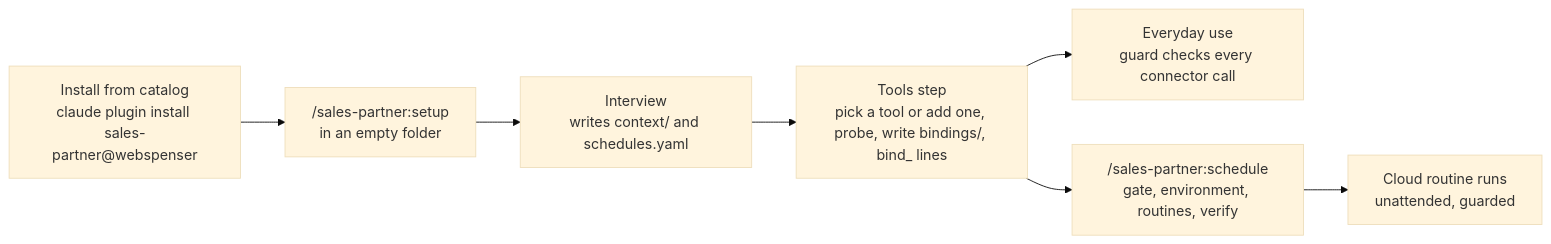
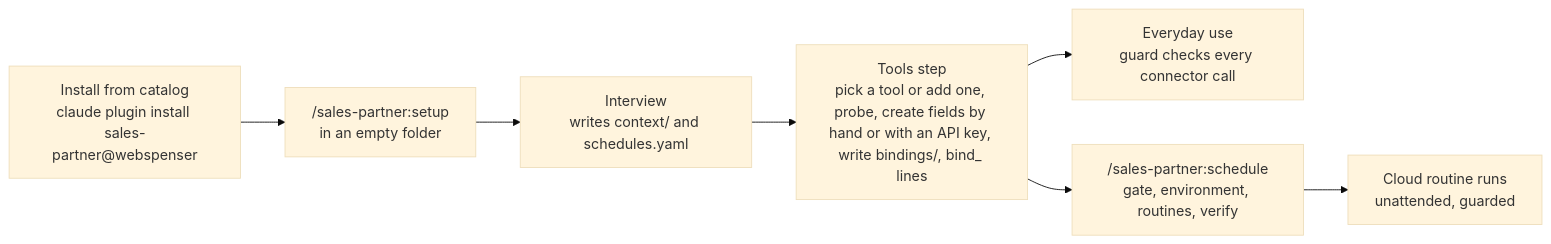
One commit to webspenser/agent-builder changed the first of 6 diagrams in docs/how-it-works.md. Above: the diagram before and after it, drawn with Mermaid (base theme). The commit also changed other lines of this file and 7 other files, not shown here.

Commit message:
feat: setup offers two ways to create tool fields; Agent Standard 4.0 docs

````diff
--- a/docs/how-it-works.md
+++ b/docs/how-it-works.md
@@ -100,9 +100,9 @@
 ```mermaid
 flowchart LR
   A["Install from catalog<br/>claude plugin install sales-partner@webspenser"] --> B["/sales-partner:setup<br/>in an empty folder"]
   B --> C["Interview<br/>writes context/ and schedules.yaml"]
-  C --> D["Tools step<br/>pick a tool or add one, probe, write bindings/, bind_ lines"]
+  C --> D["Tools step<br/>pick a tool or add one, probe, create fields by hand or with an API key, write bindings/, bind_ lines"]
   D --> E["Everyday use<br/>guard checks every connector call"]
   D --> F["/sales-partner:schedule<br/>gate, environment, routines, verify"]
   F --> G["Cloud routine runs<br/>unattended, guarded"]
 ```
````
